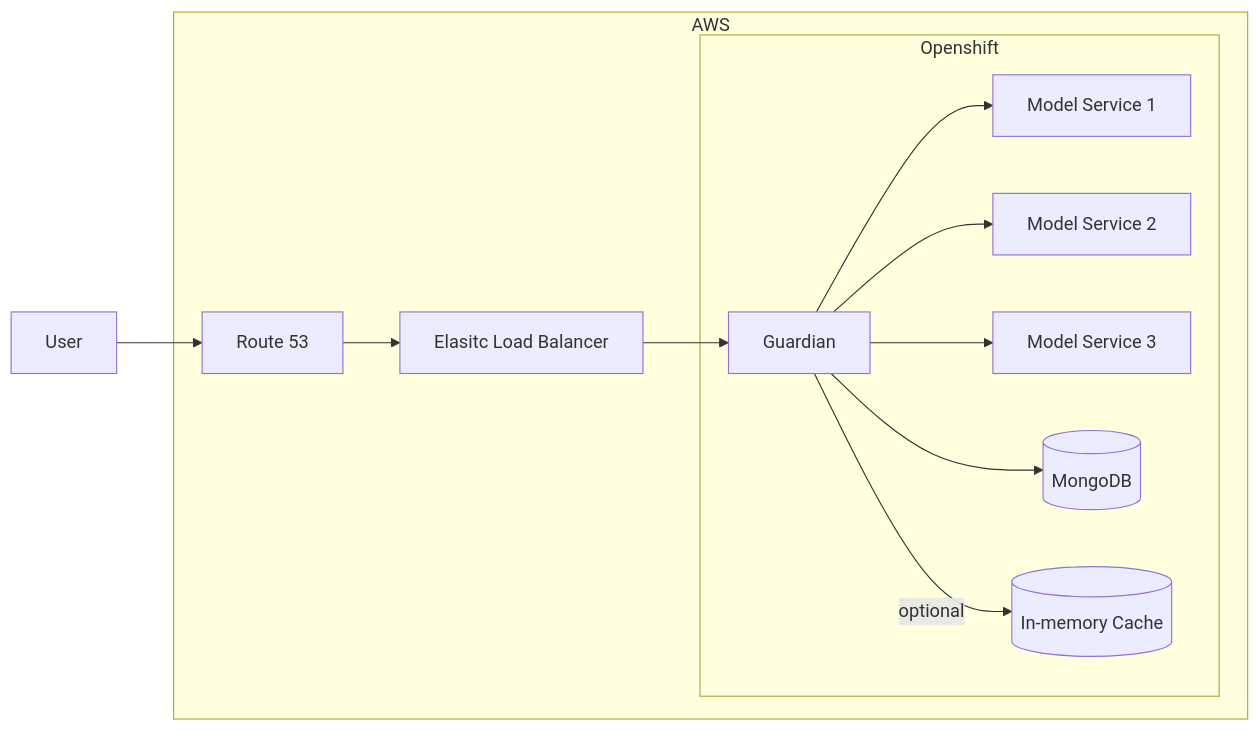
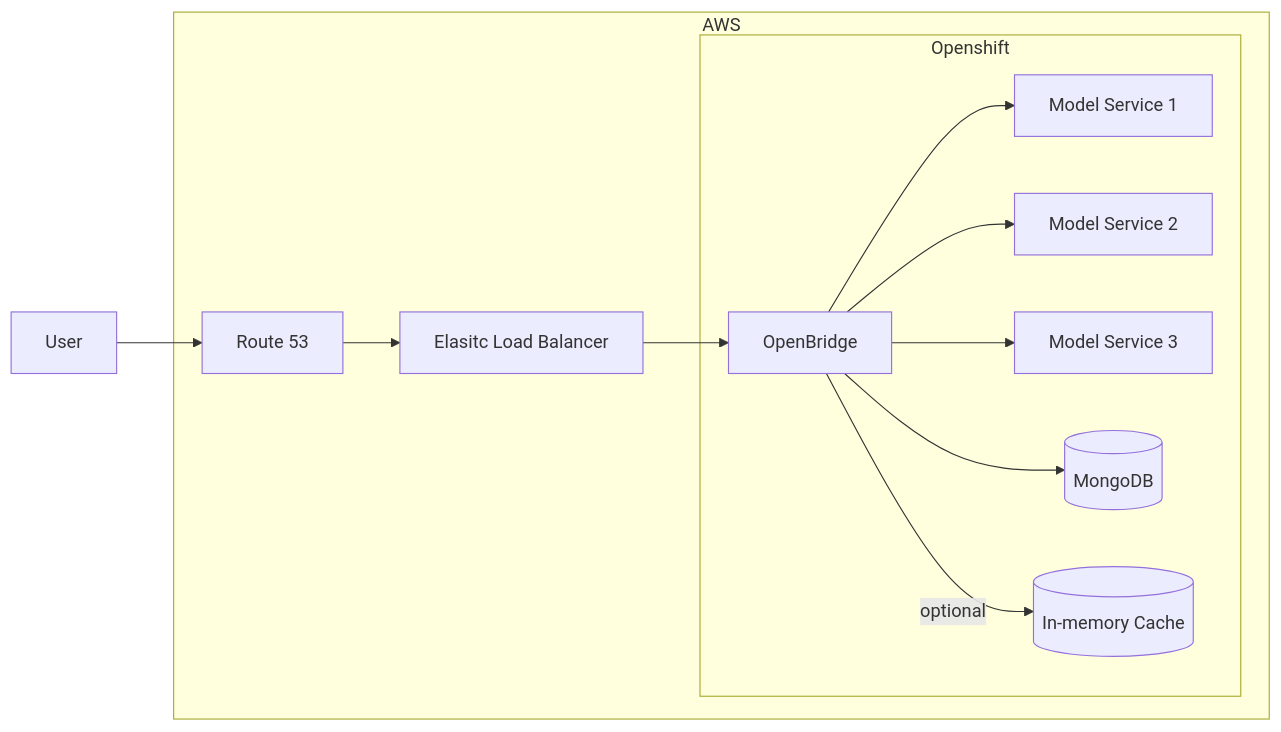
One commit to acceleratedscience/bridge changed the first of 2 diagrams in doc/architecture.md. Above: the diagram before and after it, drawn with Mermaid. The commit also changed other lines of this file and 76 other files, not shown here.

````diff
--- a/doc/architecture.md
+++ b/doc/architecture.md
@@ -31,24 +38,24 @@
 ```mermaid
 flowchart LR
 	user["User"]
 	route["Route 53"]
 	elb["Elasitc Load Balancer"]
-	guardian["Guardian"]
+	ob["OpenBridge"]
 	model1["Model Service 1"]
 	model2["Model Service 2"]
 	model3["Model Service 3"]
 	mongodb[("MongoDB")]
 	cache[("In-memory Cache")]
 
 	user --> route
 	subgraph "AWS"
-	route --> elb --> guardian
+	route --> elb --> ob
 	subgraph "Openshift"
-	guardian --> mongodb
-    guardian -- optional --> cache
-	guardian --> model1
-	guardian --> model2
-	guardian --> model3
+	ob --> mongodb
+    ob -- optional --> cache
+	ob --> model1
+	ob --> model2
+	ob --> model3
 	end
 	end
 ```
````
